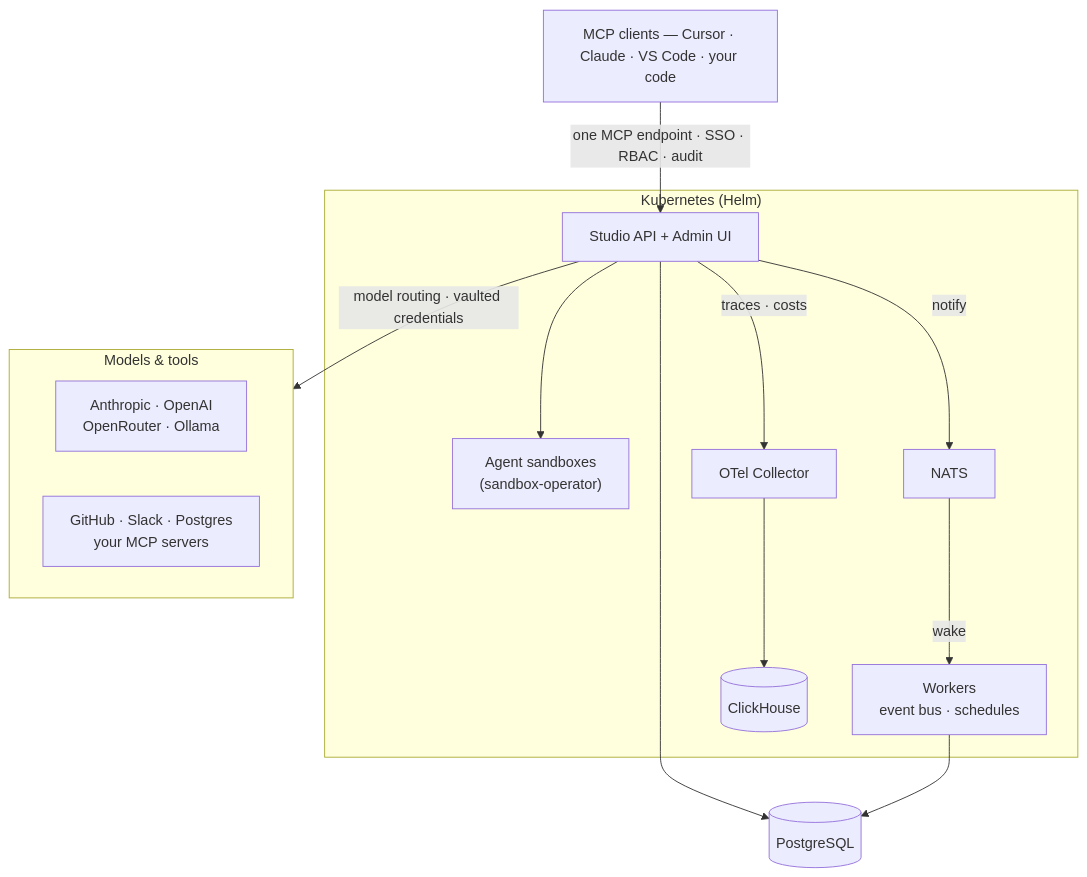
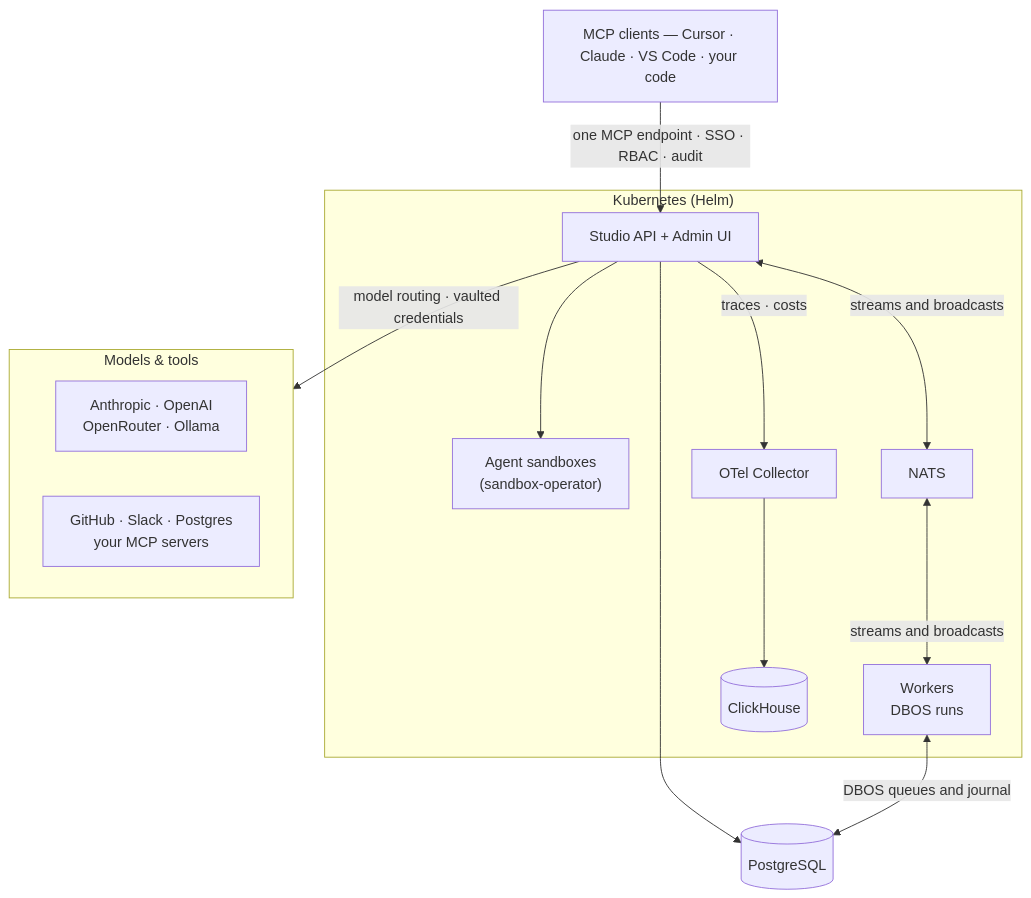
The diagram in README.md (decocms/studio), drawn with Mermaid before and after one commit. The commit also changed other lines of this file and 19 other files, not shown here.

Commit message:
docs: remove stale event bus feature references

````diff
--- a/README.md
+++ b/README.md
@@ -270,26 +269,26 @@
 ```mermaid
 graph TB
     clients["MCP clients — Cursor · Claude · VS Code · your code"]
 
     clients -->|"one MCP endpoint · SSO · RBAC · audit"| api
 
     subgraph k8s ["Kubernetes (Helm)"]
         api["Studio API + Admin UI"]
         api --> sandbox["Agent sandboxes<br/>(sandbox-operator)"]
-        api -->|"notify"| nats["NATS"]
+        api <-->|"streams and broadcasts"| nats["NATS"]
         api -->|"traces · costs"| otel["OTel Collector"]
-        nats -->|"wake"| worker["Workers<br/>event bus · schedules"]
+        nats <-->|"streams and broadcasts"| worker["Workers<br/>DBOS runs"]
         otel --> ch[("ClickHouse")]
     end
 
     pg[("PostgreSQL")]
     api --> pg
-    worker --> pg
+    worker <-->|"DBOS queues and journal"| pg
 
     subgraph upstream ["Models & tools"]
         models["Anthropic · OpenAI<br/>OpenRouter · Ollama"]
         mcps["GitHub · Slack · Postgres<br/>your MCP servers"]
     end
 
     api -->|"model routing · vaulted credentials"| upstream
 ```
````
